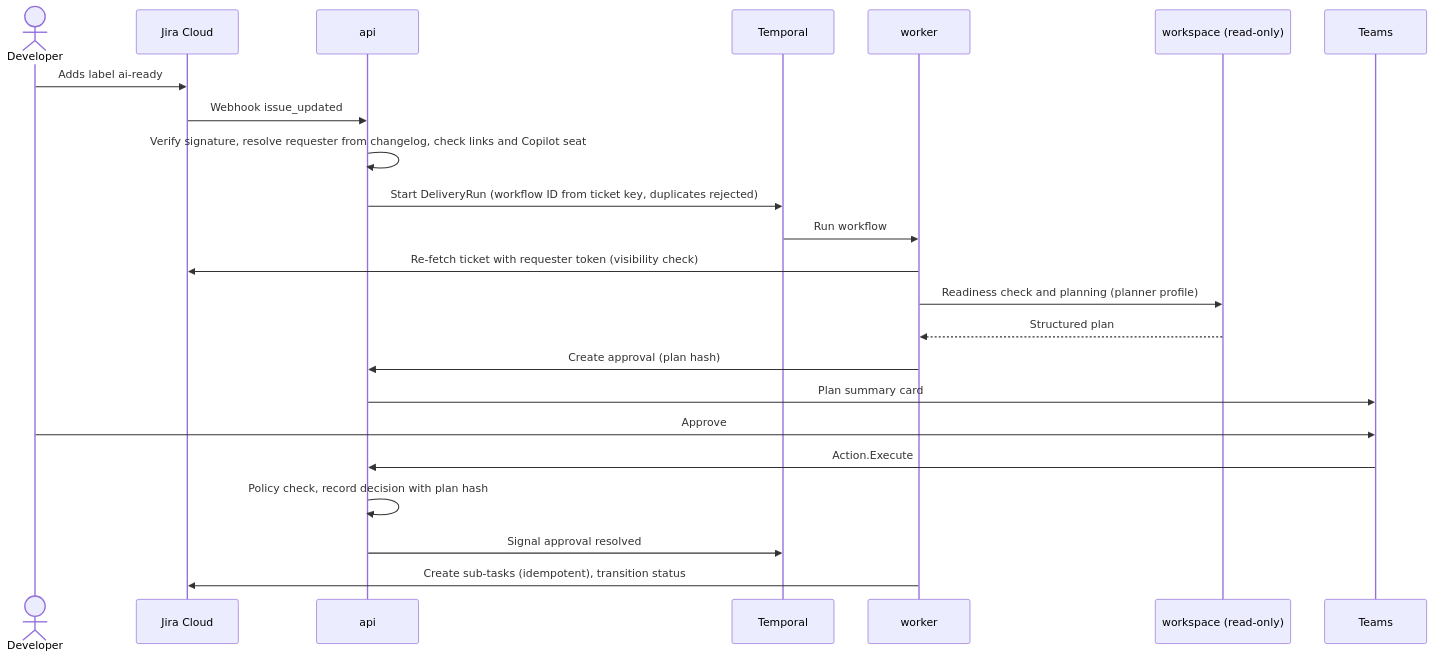
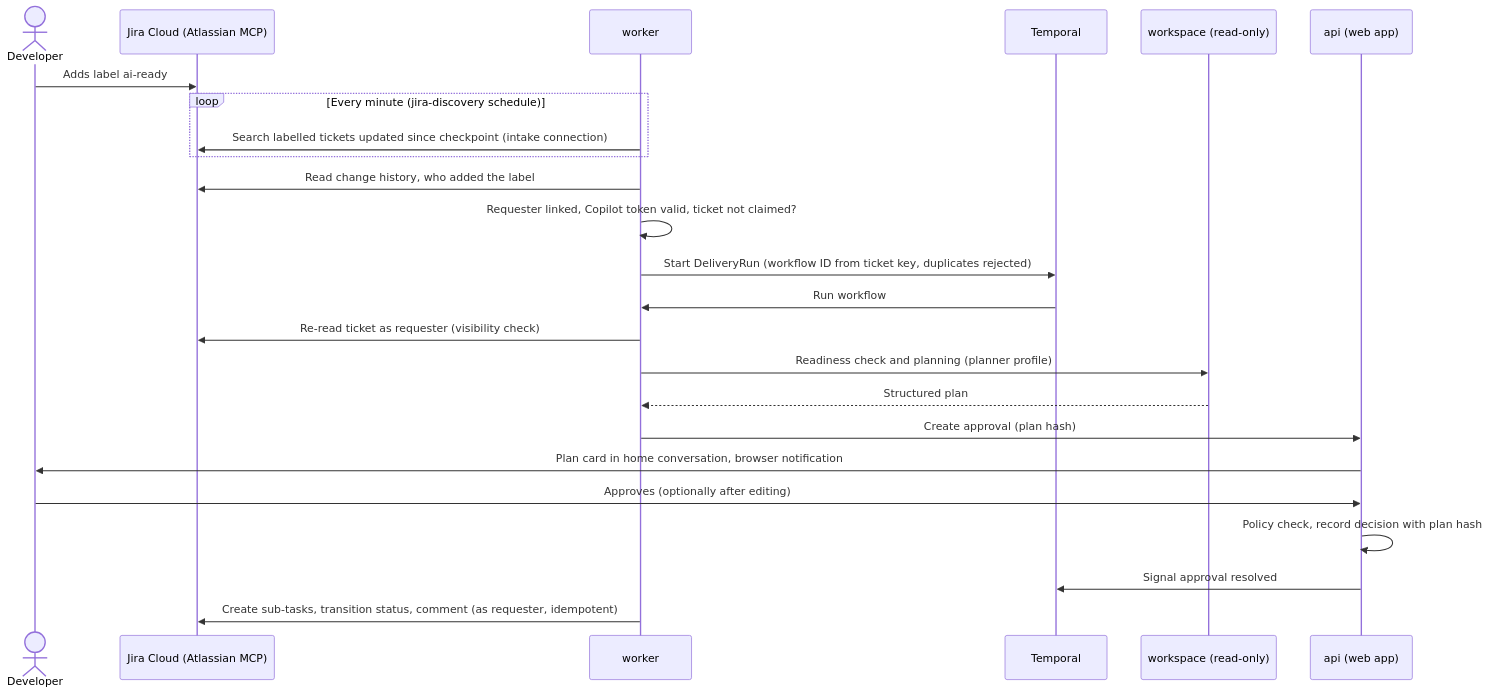
One commit to luigi-lt/orchestrator changed the third of 7 diagrams in docs/architecture.md. Above: the diagram before and after it, drawn with Mermaid. The commit also changed other lines of this file and 2 other files, not shown here.

First line of the commit message:
Redesign for polling and user-linked credentials

````diff
--- a/docs/architecture.md
+++ b/docs/architecture.md
@@ -356,25 +379,26 @@
 ```mermaid
 sequenceDiagram
   actor Dev as Developer
-  participant Jira as Jira Cloud
-  participant API as api
+  participant Jira as Jira Cloud (Atlassian MCP)
+  participant W as worker
   participant T as Temporal
-  participant W as worker
   participant WS as workspace (read-only)
-  participant Teams as Teams
+  participant API as api (web app)
   Dev->>Jira: Adds label ai-ready
-  Jira->>API: Webhook issue_updated
-  API->>API: Verify signature, resolve requester from changelog, check links and Copilot seat
-  API->>T: Start DeliveryRun (workflow ID from ticket key, duplicates rejected)
+  loop Every minute (jira-discovery schedule)
+    W->>Jira: Search labelled tickets updated since checkpoint (intake connection)
+  end
+  W->>Jira: Read change history, who added the label
+  W->>W: Requester linked, Copilot token valid, ticket not claimed?
+  W->>T: Start DeliveryRun (workflow ID from ticket key, duplicates rejected)
   T->>W: Run workflow
-  W->>Jira: Re-fetch ticket with requester token (visibility check)
+  W->>Jira: Re-read ticket as requester (visibility check)
   W->>WS: Readiness check and planning (planner profile)
   WS-->>W: Structured plan
   W->>API: Create approval (plan hash)
-  API->>Teams: Plan summary card
-  Dev->>Teams: Approve
-  Teams->>API: Action.Execute
+  API->>Dev: Plan card in home conversation, browser notification
+  Dev->>API: Approves (optionally after editing)
   API->>API: Policy check, record decision with plan hash
   API->>T: Signal approval resolved
-  W->>Jira: Create sub-tasks (idempotent), transition status
+  W->>Jira: Create sub-tasks, transition status, comment (as requester, idempotent)
 ```
````
